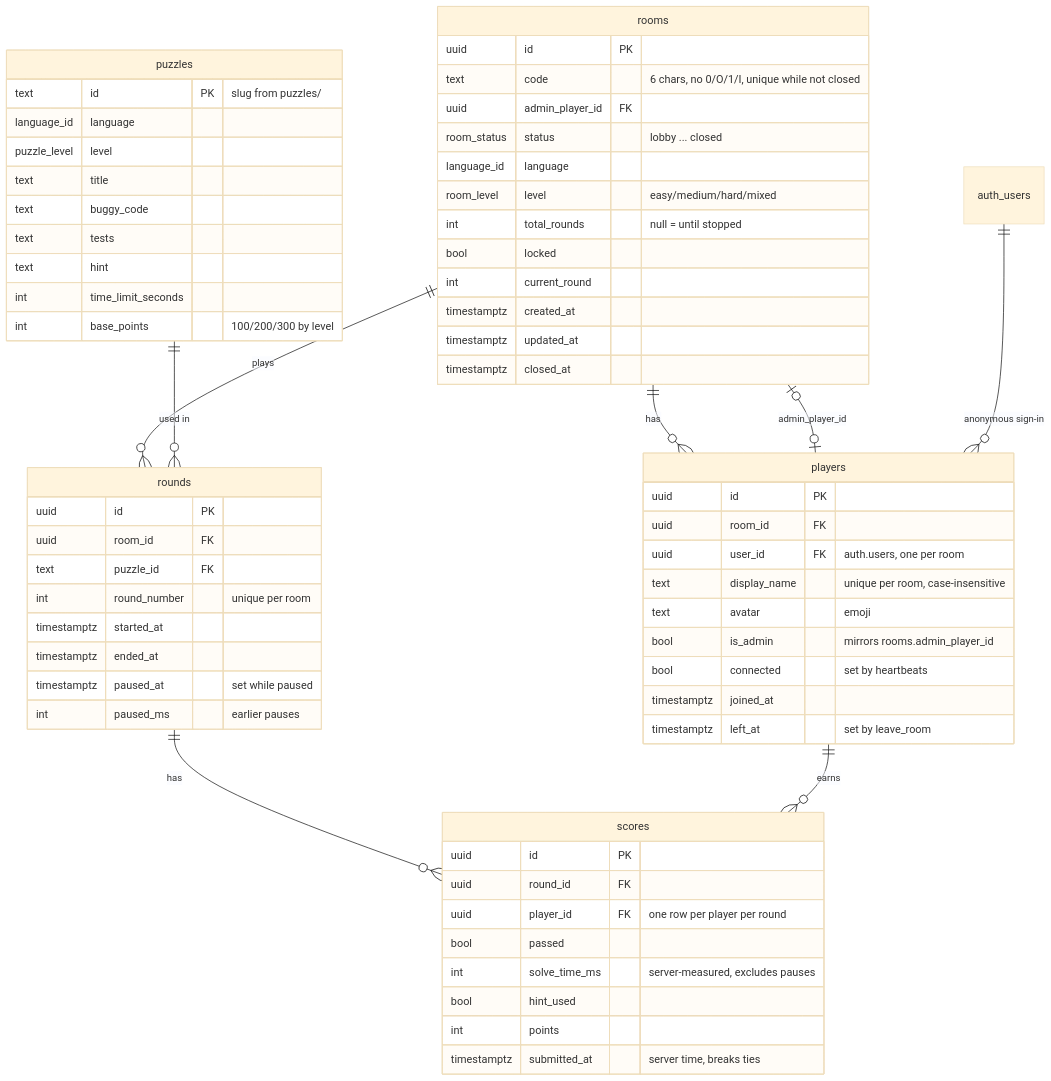
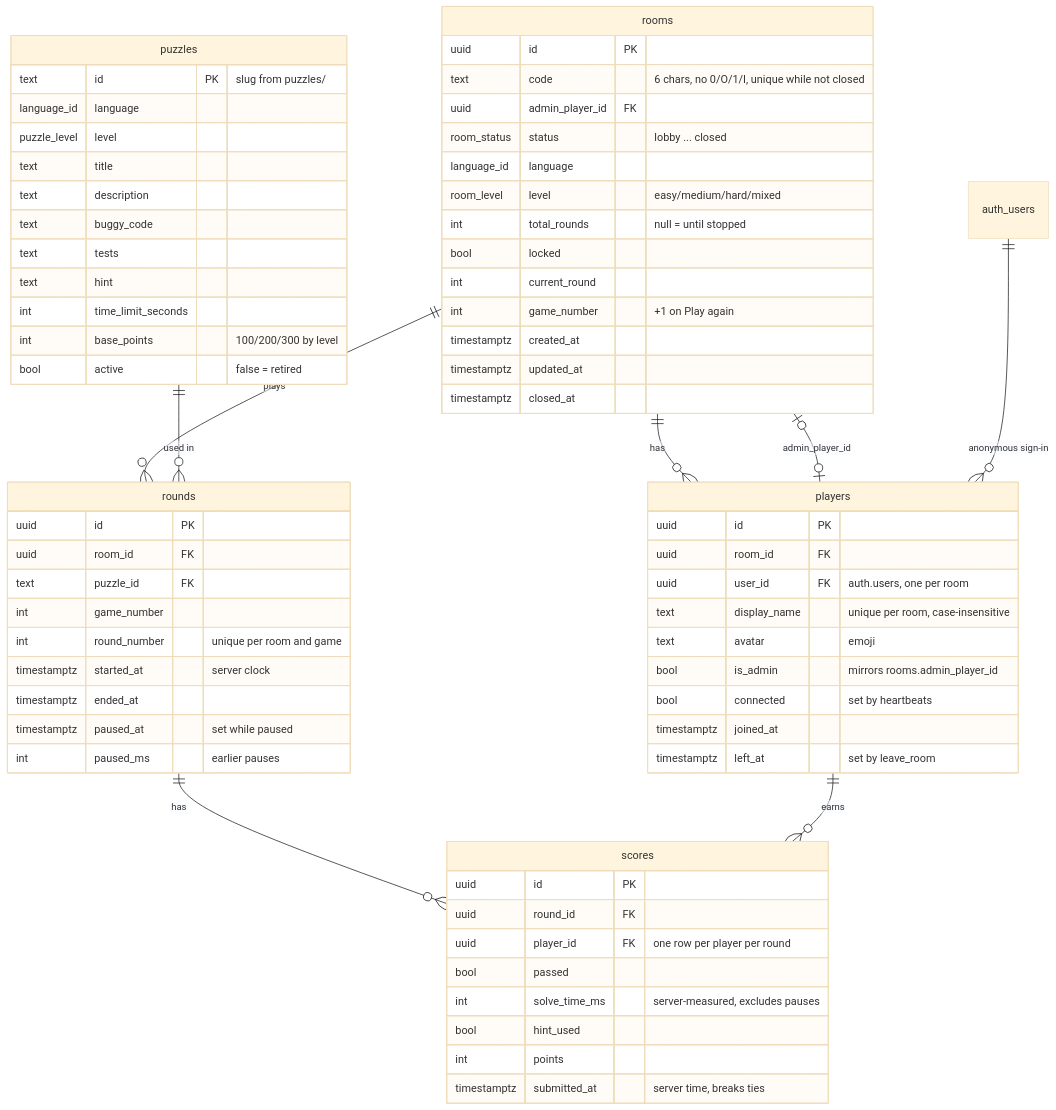
One commit to vandit-bera/Bug-Hunt-Race changed the fifth of 5 diagrams in docs/ARCHITECTURE.md. Above: the diagram before and after it, drawn with Mermaid (base theme). The commit also changed other lines of this file and 4 other files, not shown here.

````diff
--- a/docs/ARCHITECTURE.md
+++ b/docs/ARCHITECTURE.md
@@ -579,67 +702,72 @@
 ```mermaid
 erDiagram
   rooms ||--o{ players : "has"
   rooms |o--o| players : "admin_player_id"
   rooms ||--o{ rounds : "plays"
   puzzles ||--o{ rounds : "used in"
   rounds ||--o{ scores : "has"
   players ||--o{ scores : "earns"
   auth_users ||--o{ players : "anonymous sign-in"
 
   rooms {
     uuid id PK
     text code "6 chars, no 0/O/1/I, unique while not closed"
     uuid admin_player_id FK
     room_status status "lobby ... closed"
     language_id language
     room_level level "easy/medium/hard/mixed"
     int total_rounds "null = until stopped"
     bool locked
     int current_round
+    int game_number "+1 on Play again"
     timestamptz created_at
     timestamptz updated_at
     timestamptz closed_at
   }
   players {
     uuid id PK
     uuid room_id FK
     uuid user_id FK "auth.users, one per room"
     text display_name "unique per room, case-insensitive"
     text avatar "emoji"
     bool is_admin "mirrors rooms.admin_player_id"
     bool connected "set by heartbeats"
     timestamptz joined_at
     timestamptz left_at "set by leave_room"
   }
   puzzles {
     text id PK "slug from puzzles/"
     language_id language
     puzzle_level level
     text title
+    text description
     text buggy_code
     text tests
     text hint
     int time_limit_seconds
     int base_points "100/200/300 by level"
+    bool active "false = retired"
   }
   rounds {
     uuid id PK
     uuid room_id FK
     text puzzle_id FK
-    int round_number "unique per room"
-    timestamptz started_at
+    int game_number
+    int round_number "unique per room and game"
+    timestamptz started_at "server clock"
+
     timestamptz ended_at
     timestamptz paused_at "set while paused"
     int paused_ms "earlier pauses"
   }
   scores {
     uuid id PK
     uuid round_id FK
     uuid player_id FK "one row per player per round"
     bool passed
     int solve_time_ms "server-measured, excludes pauses"
     bool hint_used
     int points
     timestamptz submitted_at "server time, breaks ties"
   }
 ```
````
